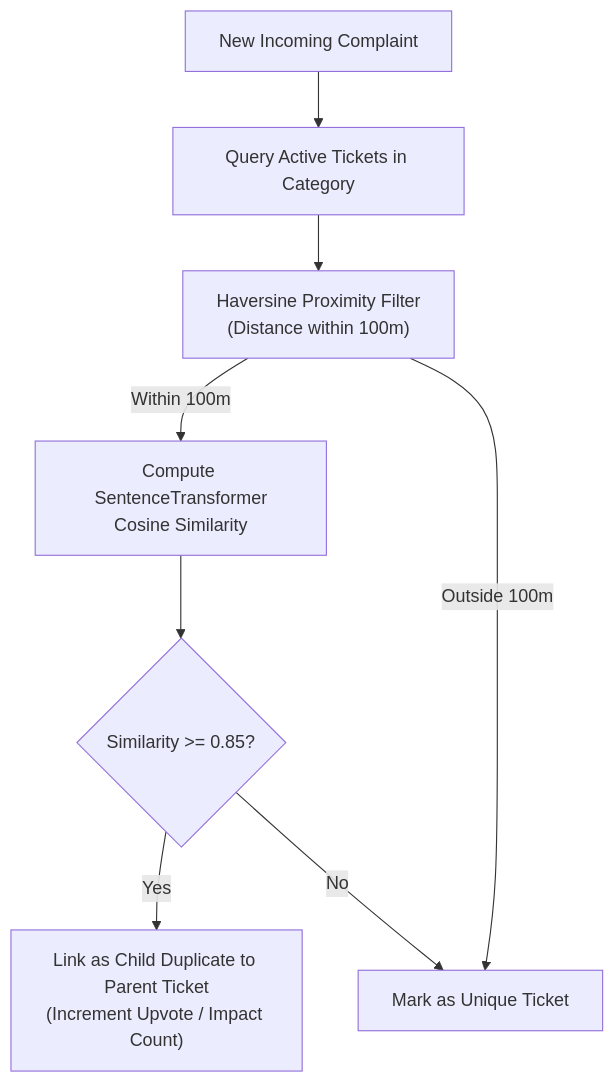
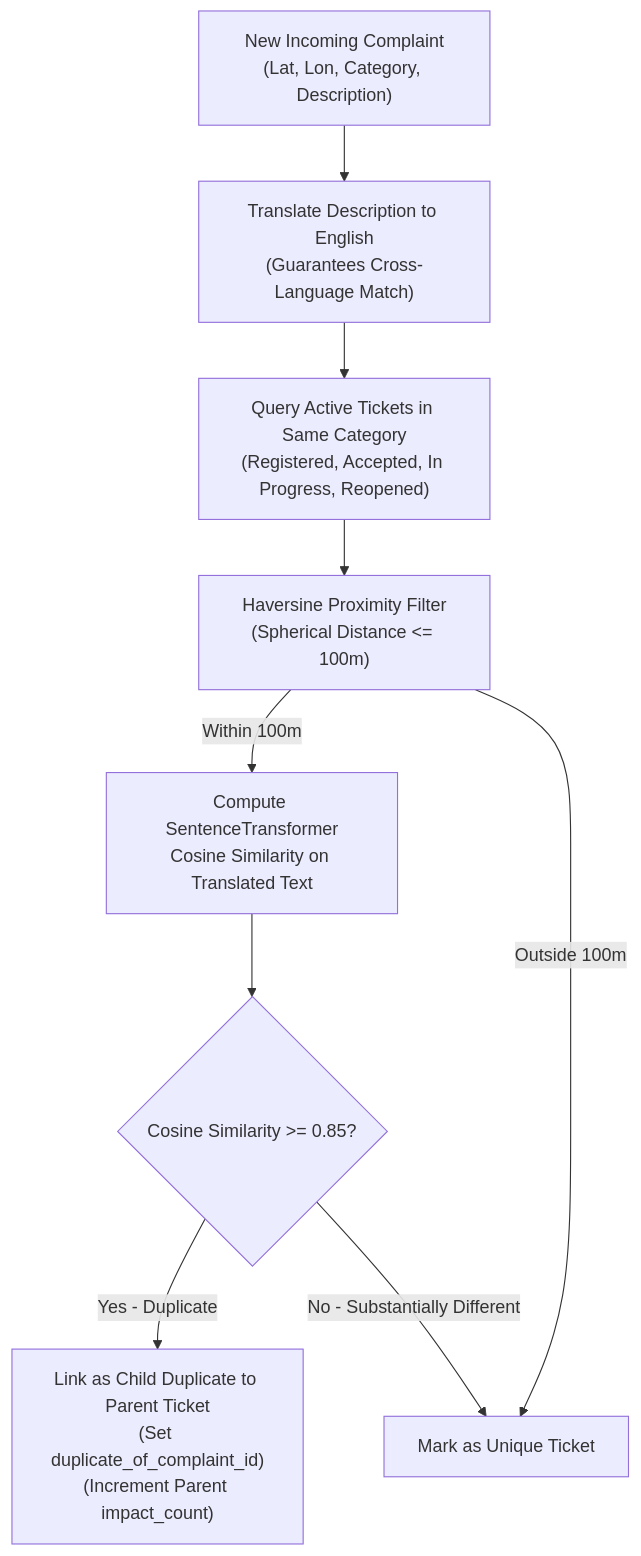
Diagram 11 of 18 in phases.md (SHRUTISINHA250714/civic), drawn with Mermaid before and after one commit. The commit also changed other lines of this file and 1 other file, not shown here.

````diff
--- a/phases.md
+++ b/phases.md
@@ -330,11 +344,12 @@
 ```mermaid
 flowchart TD
-    New["New Incoming Complaint"] --> Active["Query Active Tickets in Category"]
-    Active --> Radius["Haversine Proximity Filter\n(Distance within 100m)"]
-    Radius -->|Within 100m| VectorSim["Compute SentenceTransformer\nCosine Similarity"]
+    New["New Incoming Complaint\n(Lat, Lon, Category, Description)"] --> Trans["Translate Description to English\n(Guarantees Cross-Language Match)"]
+    Trans --> Active["Query Active Tickets in Same Category\n(Registered, Accepted, In Progress, Reopened)"]
+    Active --> Radius["Haversine Proximity Filter\n(Spherical Distance <= 100m)"]
+    Radius -->|Within 100m| VectorSim["Compute SentenceTransformer\nCosine Similarity on Translated Text"]
     Radius -->|Outside 100m| Unique["Mark as Unique Ticket"]
     
-    VectorSim --> Check{"Similarity >= 0.85?"}
-    Check -->|Yes| Merge["Link as Child Duplicate to Parent Ticket\n(Increment Upvote / Impact Count)"]
-    Check -->|No| Unique
+    VectorSim --> Check{"Cosine Similarity >= 0.85?"}
+    Check -->|Yes - Duplicate| Merge["Link as Child Duplicate to Parent Ticket\n(Set duplicate_of_complaint_id)\n(Increment Parent impact_count)"]
+    Check -->|No - Substantially Different| Unique
 ```
````
